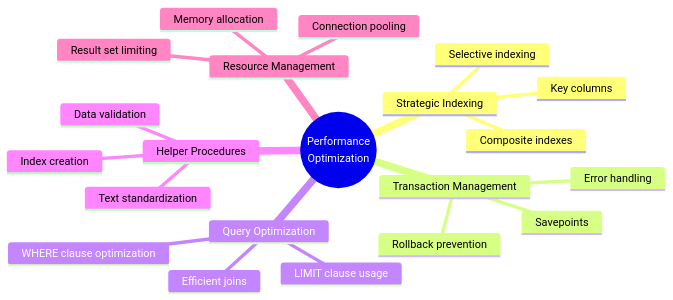
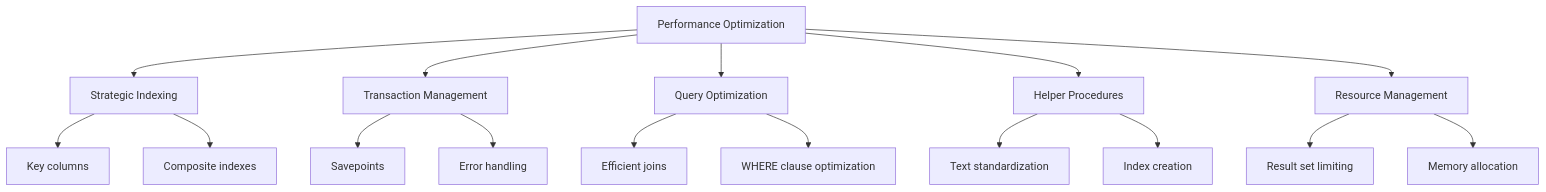
Before and after one commit to tzolkowski96/tzolkowski96: the eighth of 9 diagrams in us-household-income-analysis/README.md, drawn with Mermaid. The commit also changed other lines of this file, not shown here.

````diff
--- a/us-household-income-analysis/README.md
+++ b/us-household-income-analysis/README.md
@@ -897,24 +668,23 @@
 ```mermaid
-mindmap
-  root((Performance<br>Optimization))
-    Strategic Indexing
-      Key columns
-      Composite indexes
-      Selective indexing
-    Transaction Management
-      Savepoints
-      Error handling
-      Rollback prevention
-    Query Optimization
-      Efficient joins
-      WHERE clause optimization
-      LIMIT clause usage
-    Helper Procedures
-      Text standardization
-      Index creation
-      Data validation
-    Resource Management
-      Result set limiting
-      Memory allocation
-      Connection pooling
+flowchart TD
+    A[Performance Optimization] --> B[Strategic Indexing]
+    A --> C[Transaction Management]
+    A --> D[Query Optimization]
+    A --> E[Helper Procedures]
+    A --> F[Resource Management]
+    
+    B --> B1[Key columns]
+    B --> B2[Composite indexes]
+    
+    C --> C1[Savepoints]
+    C --> C2[Error handling]
+    
+    D --> D1[Efficient joins]
+    D --> D2[WHERE clause optimization]
+    
+    E --> E1[Text standardization]
+    E --> E2[Index creation]
+    
+    F --> F1[Result set limiting]
+    F --> F2[Memory allocation]
 ```
````
